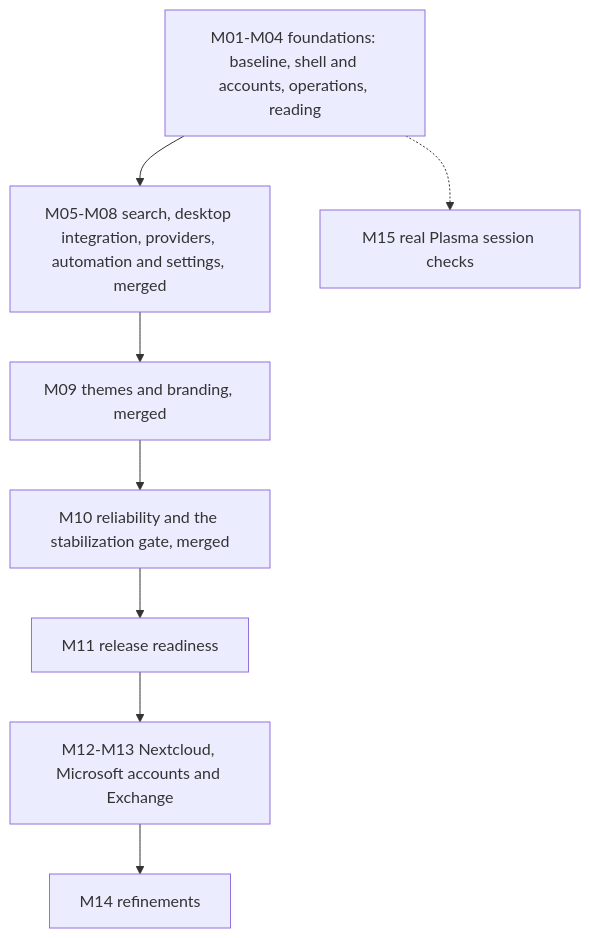
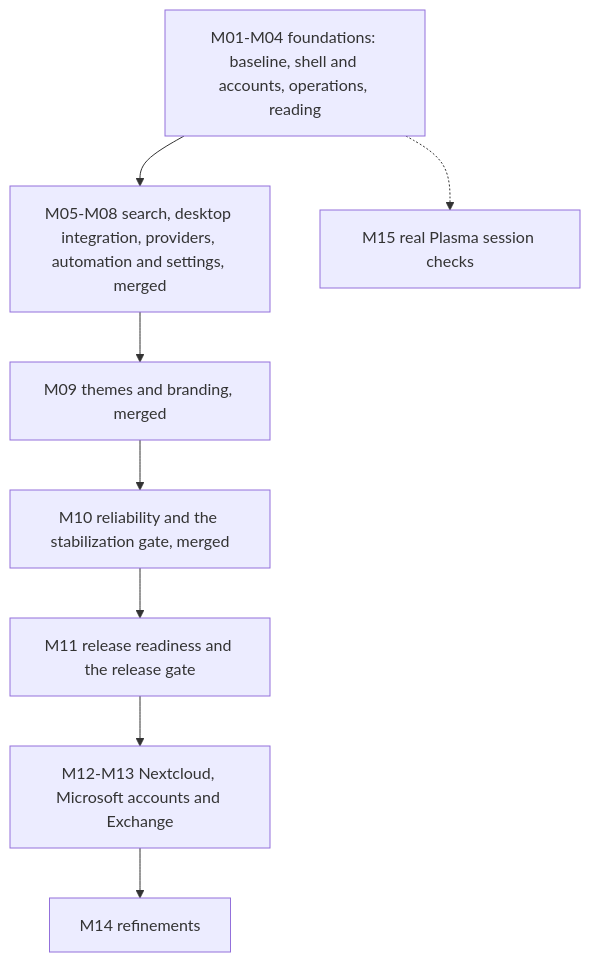
Before and after one commit to mikepadiernos/plasma-impresario: the diagram in README.md, drawn with Mermaid. The commit also changed other lines of this file and 3 other files, not shown here.

First line of the commit message:
docs: mark M11 complete in the roadmap, README and pending tasks

````diff
--- a/README.md
+++ b/README.md
@@ -846,10 +870,10 @@
 ```mermaid
 flowchart TD
     A[M01-M04 foundations: baseline, shell and accounts, operations, reading] --> B[M05-M08 search, desktop integration, providers, automation and settings, merged]
     B --> C[M09 themes and branding, merged]
     C --> D[M10 reliability and the stabilization gate, merged]
-    D --> H[M11 release readiness]
+    D --> H[M11 release readiness and the release gate]
     H --> E[M12-M13 Nextcloud, Microsoft accounts and Exchange]
     E --> F[M14 refinements]
     A -.-> G[M15 real Plasma session checks]
 ```
````
